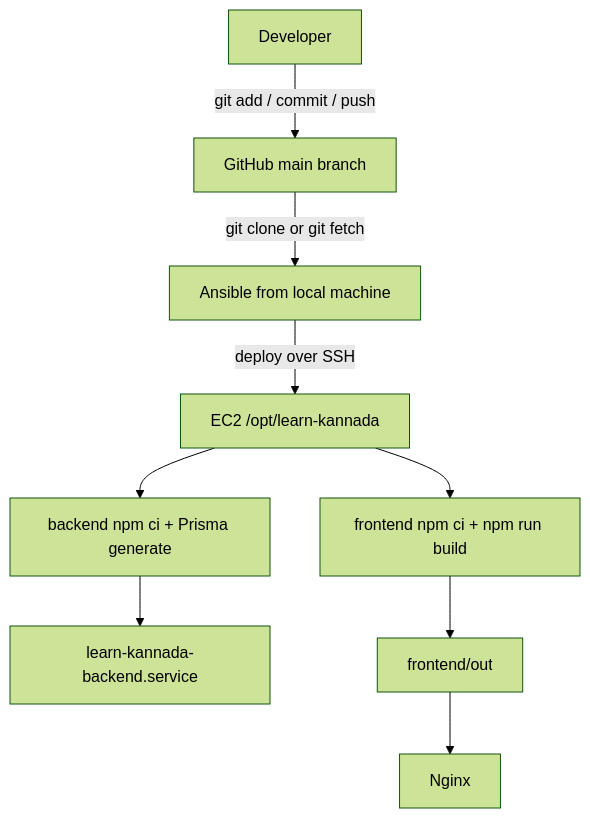
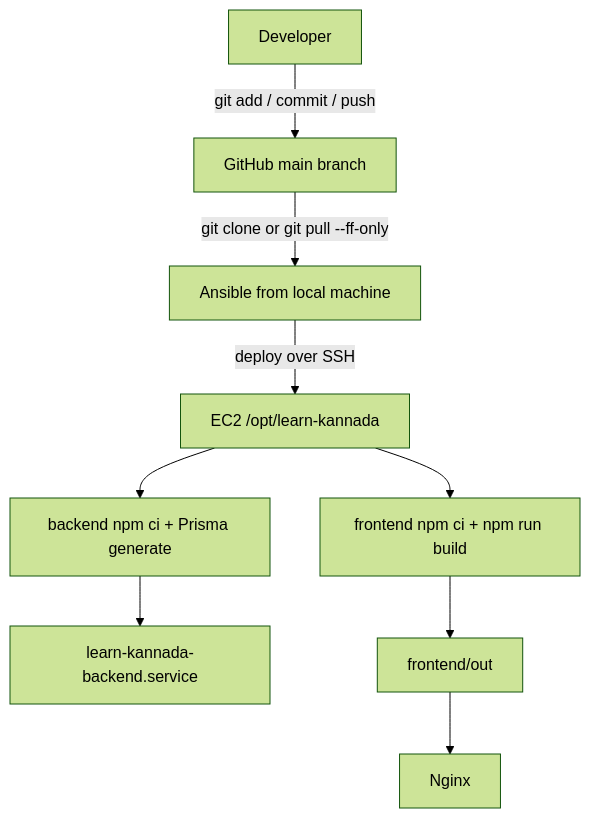
The second of 3 diagrams in README.md (baramsivaramireddy/learn_kannada), drawn with Mermaid (forest theme) before and after one commit. The commit also changed other lines of this file and 4 other files, not shown here.

````diff
--- a/README.md
+++ b/README.md
@@ -66,11 +66,11 @@
 ```mermaid
 flowchart TD
 	Developer[Developer] -->|git add / commit / push| GitHub[GitHub main branch]
-	GitHub -->|git clone or git fetch| Ansible[Ansible from local machine]
+	GitHub -->|git clone or git pull --ff-only| Ansible[Ansible from local machine]
 	Ansible -->|deploy over SSH| EC2[EC2 /opt/learn-kannada]
 	EC2 --> BackendBuild[backend npm ci + Prisma generate]
 	EC2 --> FrontendBuild[frontend npm ci + npm run build]
 	BackendBuild --> Service[learn-kannada-backend.service]
 	FrontendBuild --> StaticFiles[frontend/out]
 	StaticFiles --> Nginx[Nginx]
 ```
````
